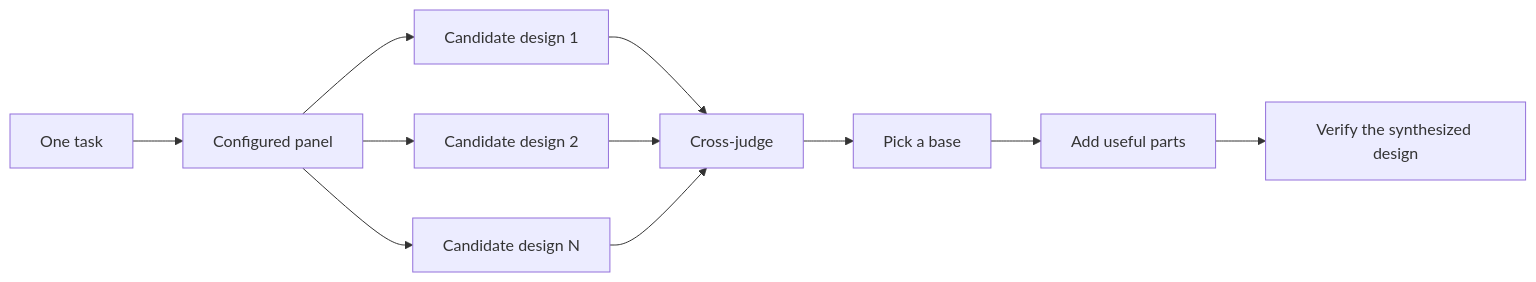
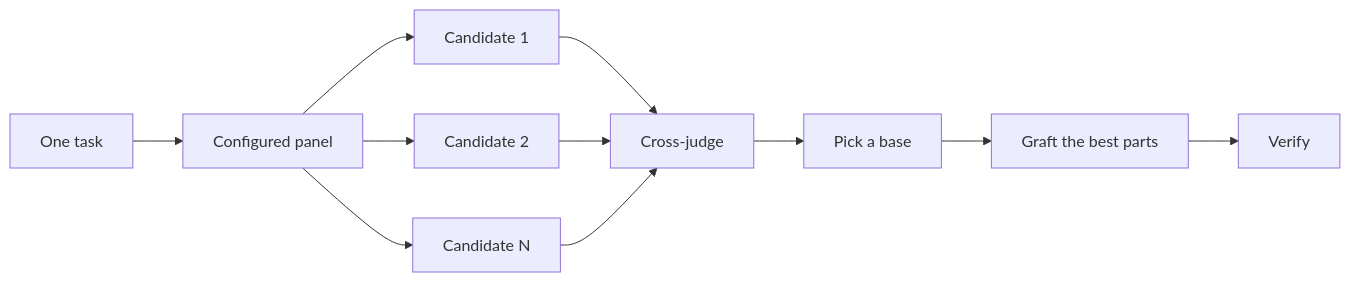
The diagram in pstack/docs/guide/04-design.md (cursor/plugins), drawn with Mermaid before and after one commit. The commit also changed other lines of this file and 10 other files, not shown here.

````diff
--- a/pstack/docs/guide/04-design.md
+++ b/pstack/docs/guide/04-design.md
@@ -39,13 +27,13 @@
 ```mermaid
 flowchart LR
     A[One task] --> B[Configured panel]
-    B --> C[Candidate design 1]
-    B --> D[Candidate design 2]
-    B --> E[Candidate design N]
+    B --> C[Candidate 1]
+    B --> D[Candidate 2]
+    B --> E[Candidate N]
     C --> F[Cross-judge]
     D --> F
     E --> F
     F --> G[Pick a base]
-    G --> H[Add useful parts]
-    H --> I[Verify the synthesized design]
+    G --> H[Graft the best parts]
+    H --> I[Verify]
 ```
````
